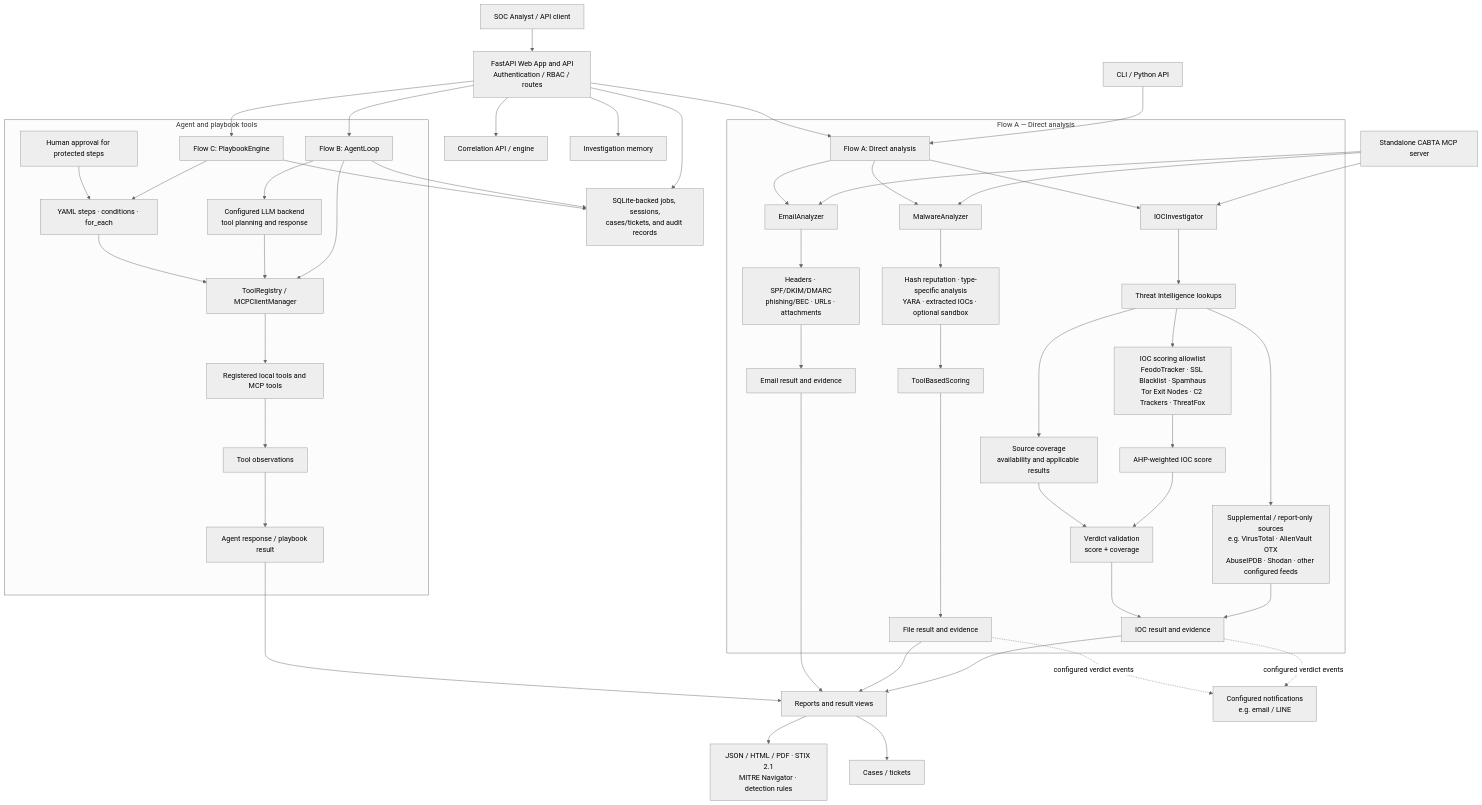
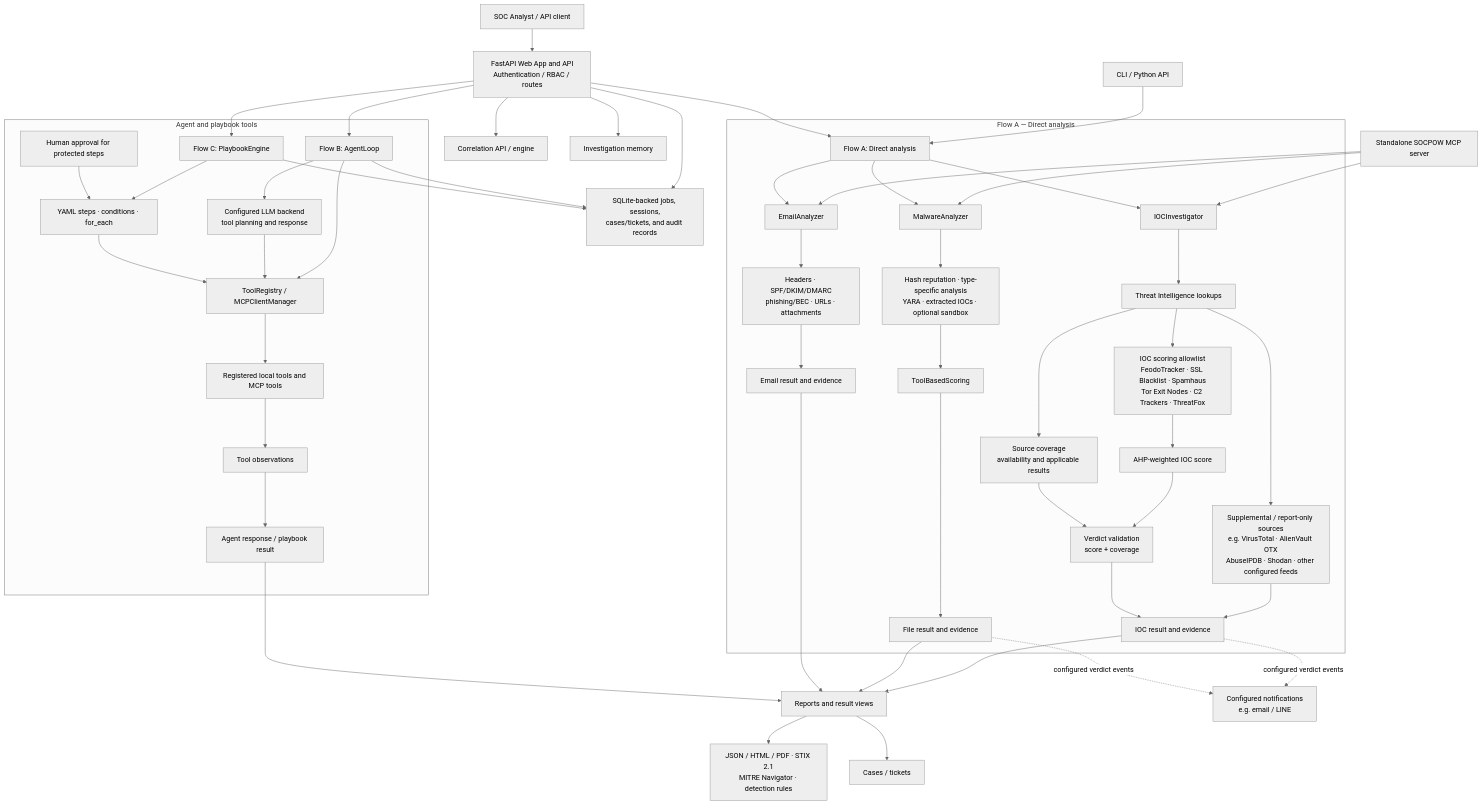
One commit to kanokrot/socpow changed the diagram in docs/ARCHITECTURE.md. Above: the diagram before and after it, drawn with Mermaid (neutral theme). The commit also changed 84 other files, not shown here.

First line of the commit message:
Rename CABTA to SOCPOW with explicit legacy aliases

````diff
--- a/docs/ARCHITECTURE.md
+++ b/docs/ARCHITECTURE.md
@@ -38,59 +38,59 @@
 ```mermaid
 flowchart TB
     SOC["SOC Analyst / API client"] --> WEB["FastAPI Web App and API<br/>Authentication / RBAC / routes"]
     CLI["CLI / Python API"] --> A
-    MCP_SERVER["Standalone CABTA MCP server"] --> IOC
+    MCP_SERVER["Standalone SOCPOW MCP server"] --> IOC
     MCP_SERVER --> MALWARE
     MCP_SERVER --> EMAIL
     WEB --> A["Flow A: Direct analysis"]
     WEB --> B["Flow B: AgentLoop"]
     WEB --> C["Flow C: PlaybookEngine"]
 
     subgraph DIRECT["Flow A — Direct analysis"]
         A --> IOC["IOCInvestigator"]
         IOC --> TI["Threat Intelligence lookups"]
         TI --> SCORE_SOURCES["IOC scoring allowlist<br/>FeodoTracker · SSL Blacklist · Spamhaus<br/>Tor Exit Nodes · C2 Trackers · ThreatFox"]
         TI --> OTHER_SOURCES["Supplemental / report-only sources<br/>e.g. VirusTotal · AlienVault OTX<br/>AbuseIPDB · Shodan · other configured feeds"]
         SCORE_SOURCES --> IOC_SCORE["AHP-weighted IOC score"]
         TI --> COVERAGE["Source coverage<br/>availability and applicable results"]
         IOC_SCORE --> VERDICT["Verdict validation<br/>score + coverage"]
         COVERAGE --> VERDICT
         OTHER_SOURCES --> IOC_RESULT["IOC result and evidence"]
         VERDICT --> IOC_RESULT
 
         A --> MALWARE["MalwareAnalyzer"]
         MALWARE --> FILE_ANALYSIS["Hash reputation · type-specific analysis<br/>YARA · extracted IOCs · optional sandbox"]
         FILE_ANALYSIS --> FILE_SCORE["ToolBasedScoring"]
         FILE_SCORE --> FILE_RESULT["File result and evidence"]
 
         A --> EMAIL["EmailAnalyzer"]
         EMAIL --> EMAIL_ANALYSIS["Headers · SPF/DKIM/DMARC<br/>phishing/BEC · URLs · attachments"]
         EMAIL_ANALYSIS --> EMAIL_RESULT["Email result and evidence"]
     end
 
     subgraph INVESTIGATION["Agent and playbook tools"]
         B --> AGENT_LLM["Configured LLM backend<br/>tool planning and response"]
         B --> DISPATCH["ToolRegistry / MCPClientManager"]
         AGENT_LLM --> DISPATCH
         C --> PLAYBOOK["YAML steps · conditions · for_each"]
         PLAYBOOK --> DISPATCH
         DISPATCH --> TOOLS["Registered local tools and MCP tools"]
         TOOLS --> OBS["Tool observations"]
         OBS --> AGENT_RESULT["Agent response / playbook result"]
         APPROVAL["Human approval for protected steps"] --> PLAYBOOK
     end
 
     IOC_RESULT --> OUTPUT["Reports and result views"]
     FILE_RESULT --> OUTPUT
     EMAIL_RESULT --> OUTPUT
     AGENT_RESULT --> OUTPUT
     OUTPUT --> EXPORT["JSON / HTML / PDF · STIX 2.1<br/>MITRE Navigator · detection rules"]
     OUTPUT --> RECORDS["Cases / tickets"]
     WEB --> STORAGE["SQLite-backed jobs, sessions,<br/>cases/tickets, and audit records"]
     B --> STORAGE
     C --> STORAGE
     WEB --> CORR["Correlation API / engine"]
     WEB --> MEMORY["Investigation memory"]
     IOC_RESULT -. configured verdict events .-> NOTIFY["Configured notifications<br/>e.g. email / LINE"]
     FILE_RESULT -. configured verdict events .-> NOTIFY
 ```
````
